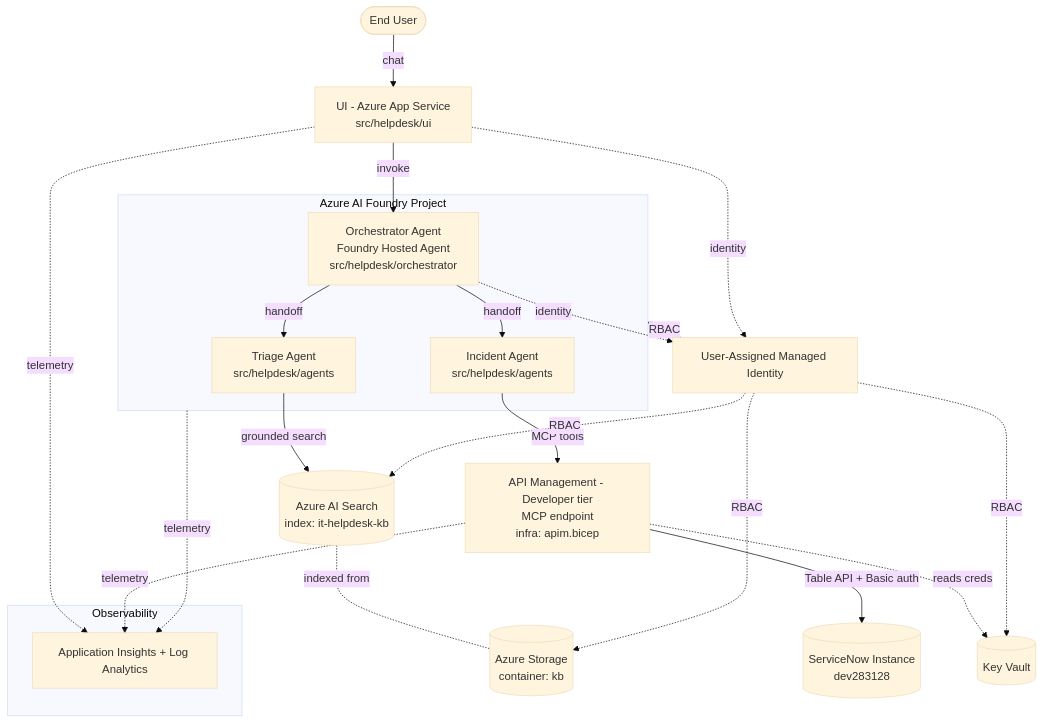
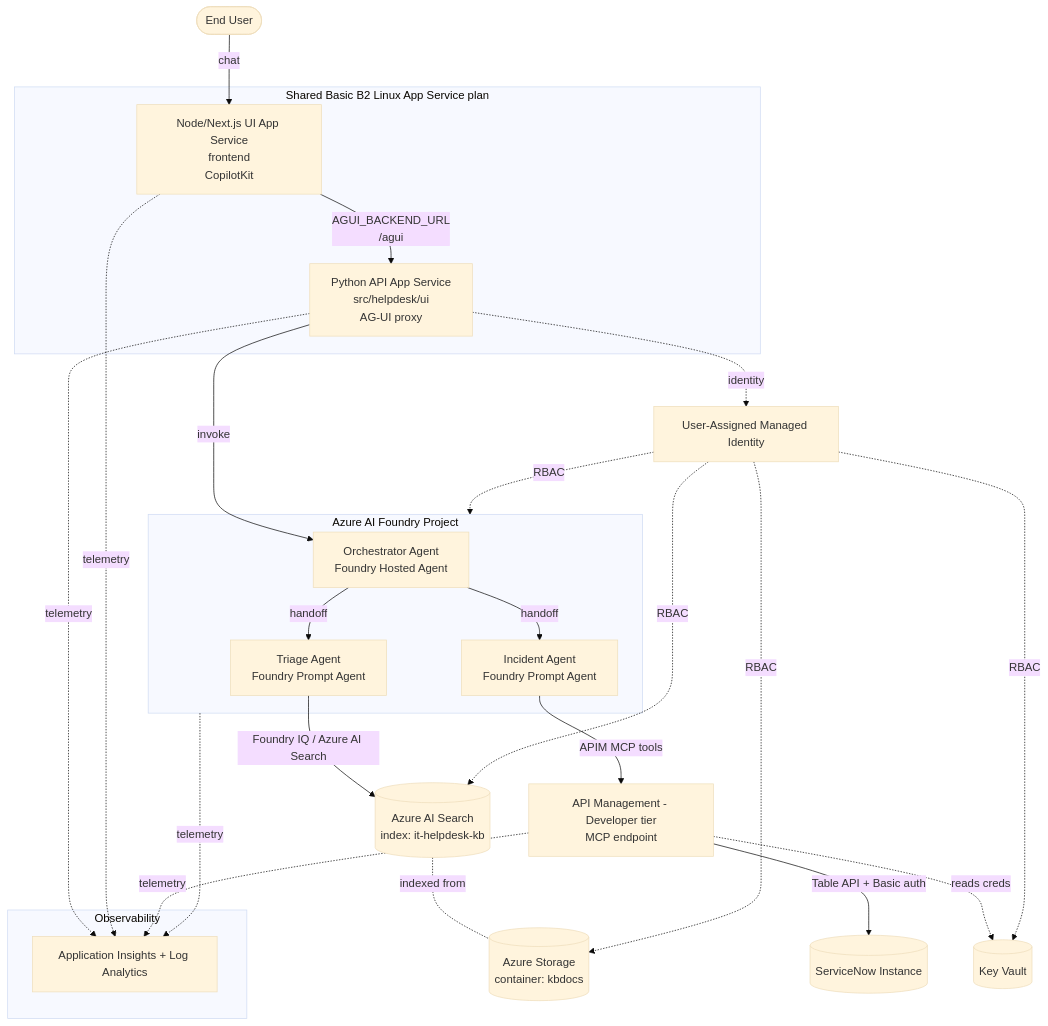
The diagram in README.md (abKrazy/ITHelpdesk), drawn with Mermaid (base theme) before and after one commit. The commit also changed other lines of this file and 4 other files, not shown here.

````diff
--- a/README.md
+++ b/README.md
@@ -21,25 +24,30 @@
 ```mermaid
 flowchart TD
-    User([End User]) -->|chat| UI[UI - Azure App Service<br/>src/helpdesk/ui]
-    UI -->|invoke| ORCH[Orchestrator Agent<br/>Foundry Hosted Agent<br/>src/helpdesk/orchestrator]
+    User([End User]) -->|chat| UI[Node/Next.js UI App Service<br/>frontend<br/>CopilotKit]
+    UI -->|AGUI_BACKEND_URL<br/>/agui| API[Python API App Service<br/>src/helpdesk/ui<br/>AG-UI proxy]
+    API -->|invoke| ORCH[Orchestrator Agent<br/>Foundry Hosted Agent]
 
     subgraph Foundry[Azure AI Foundry Project]
-        ORCH -->|handoff| TRIAGE[Triage Agent<br/>src/helpdesk/agents]
-        ORCH -->|handoff| INC[Incident Agent<br/>src/helpdesk/agents]
+        ORCH -->|handoff| TRIAGE[Triage Agent<br/>Foundry Prompt Agent]
+        ORCH -->|handoff| INC[Incident Agent<br/>Foundry Prompt Agent]
     end
 
-    TRIAGE -->|grounded search| SEARCH[(Azure AI Search<br/>index: it-helpdesk-kb)]
-    SEARCH -. indexed from .- STG[(Azure Storage<br/>container: kb)]
-    INC -->|MCP tools| APIM[API Management - Developer tier<br/>MCP endpoint<br/>infra: apim.bicep]
-    APIM -->|Table API + Basic auth| SNOW[(ServiceNow Instance<br/>dev283128)]
+    TRIAGE -->|Foundry IQ / Azure AI Search| SEARCH[(Azure AI Search<br/>index: it-helpdesk-kb)]
+    SEARCH -. indexed from .- STG[(Azure Storage<br/>container: kbdocs)]
+    INC -->|APIM MCP tools| APIM[API Management - Developer tier<br/>MCP endpoint]
+    APIM -->|Table API + Basic auth| SNOW[(ServiceNow Instance)]
     APIM -.reads creds.-> KV[(Key Vault)]
 
-    ORCH -.identity.-> MI[User-Assigned Managed Identity]
-    UI -.identity.-> MI
+    API -.identity.-> MI[User-Assigned Managed Identity]
     MI -.RBAC.-> SEARCH & STG & KV & Foundry
+
+    subgraph Plan[Shared Basic B2 Linux App Service plan]
+        API
+        UI
+    end
 
     subgraph Obs[Observability]
         AI[Application Insights + Log Analytics]
     end
-    UI & Foundry & APIM -.telemetry.-> AI
+    API & UI & Foundry & APIM -.telemetry.-> AI
 ```
````
